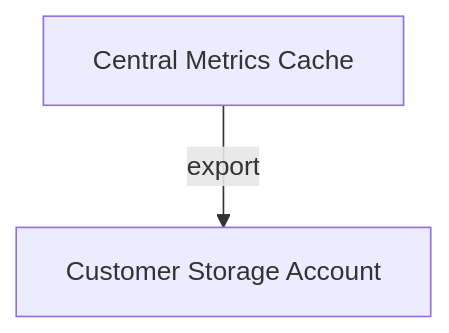
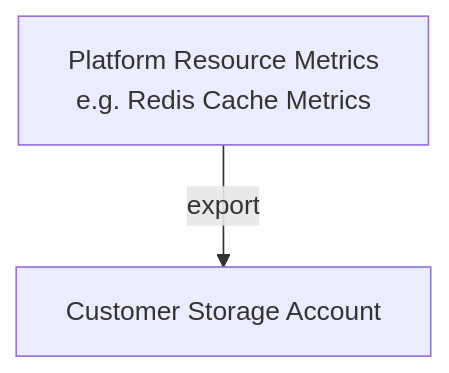
One commit to mvsnbharath/Design changed the first of 5 diagrams in AWS/Msft/e2e.md. Above: the diagram before and after it, drawn with Mermaid. The commit also changed other lines of this file, not shown here.

````diff
--- a/AWS/Msft/e2e.md
+++ b/AWS/Msft/e2e.md
@@ -7,4 +7,4 @@
 ```mermaid
 flowchart TB
-    A[Central Metrics Cache] -->|export| B[Customer Storage Account]
+    A[Platform Resource Metrics<br/>e.g. Redis Cache Metrics] -->|export| B[Customer Storage Account]
 ```
````
